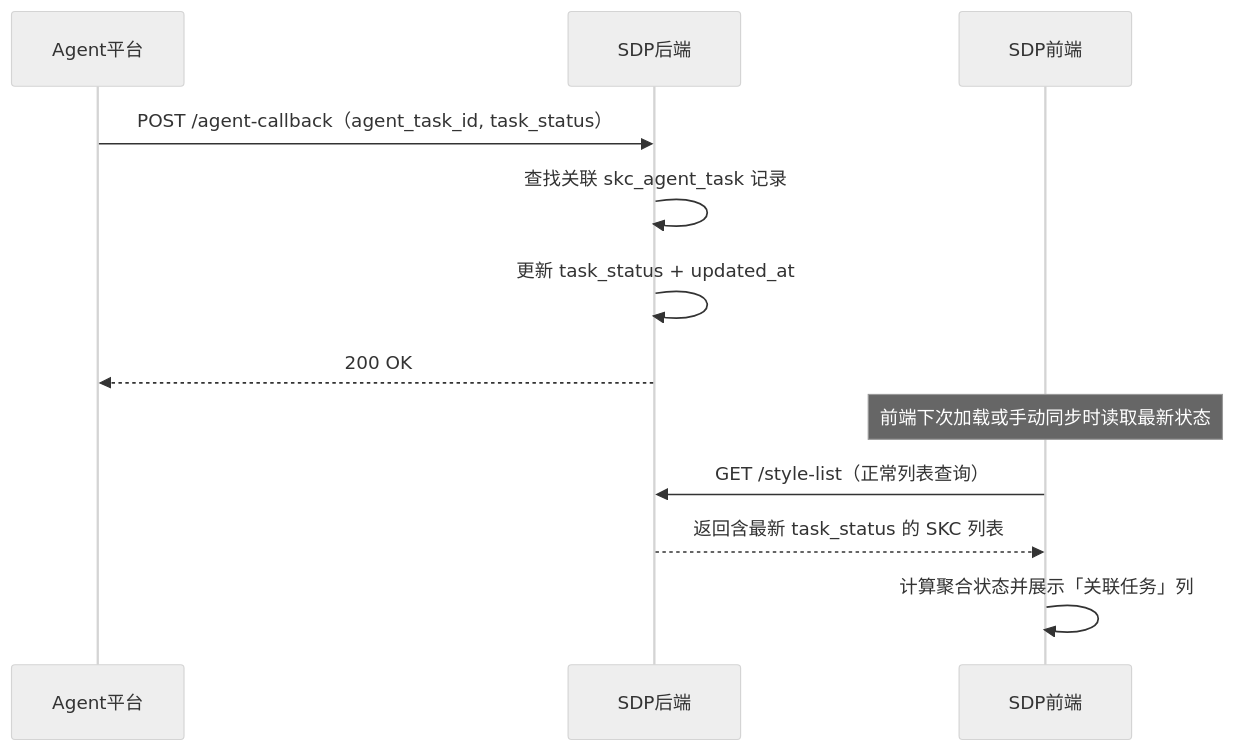
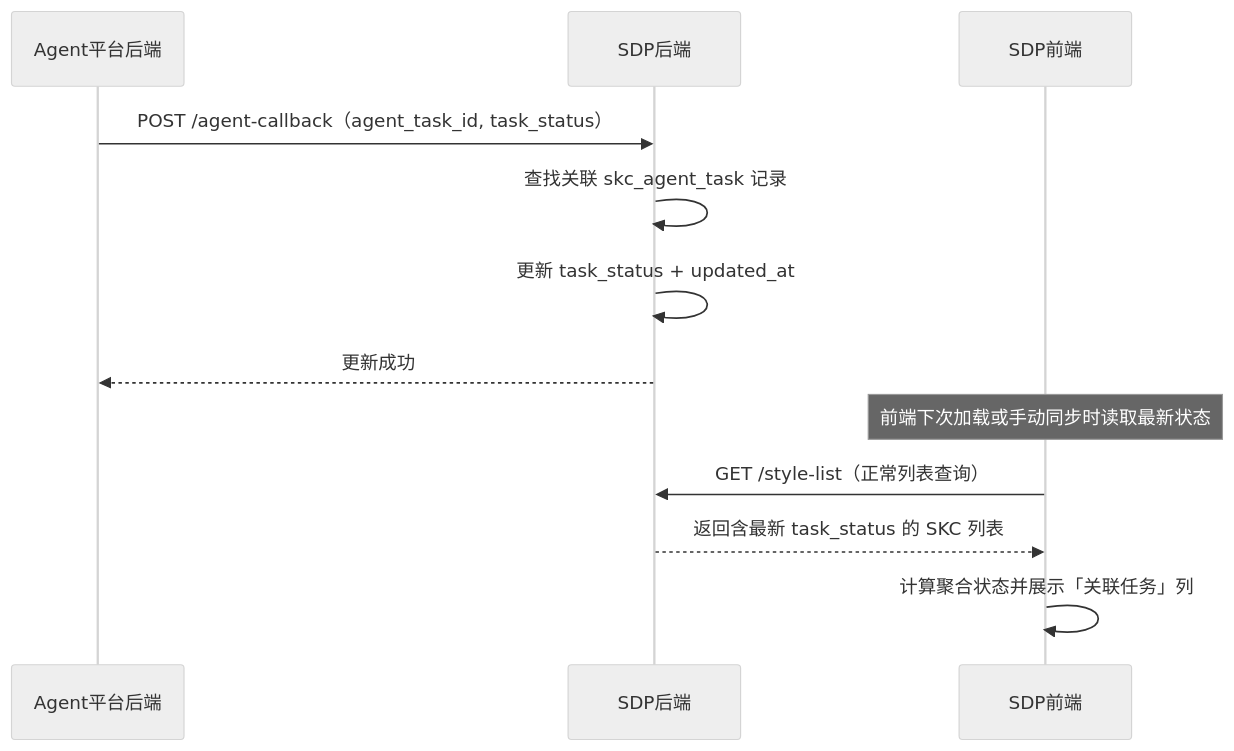
The second of 3 diagrams in revisions/规划文档_v2.6.2_Agent智能编辑接入.md (lin15622159201-arch/sdp-prd), drawn with Mermaid (neutral theme) before and after one commit. The commit also changed other lines of this file and 8 other files, not shown here.

Commit message:
补充需求文档细节及截图

````diff
--- a/revisions/规划文档_v2.6.2_Agent智能编辑接入.md
+++ b/revisions/规划文档_v2.6.2_Agent智能编辑接入.md
@@ -107,15 +109,15 @@
 ```mermaid
 sequenceDiagram
-    participant Agent as Agent平台
+    participant Agent as Agent平台后端
     participant BE as SDP后端
     participant FE as SDP前端
 
     Agent->>BE: POST /agent-callback（agent_task_id, task_status）
     BE->>BE: 查找关联 skc_agent_task 记录
     BE->>BE: 更新 task_status + updated_at
-    BE-->>Agent: 200 OK
+    BE-->>Agent: 更新成功
     Note over FE: 前端下次加载或手动同步时读取最新状态
     FE->>BE: GET /style-list（正常列表查询）
     BE-->>FE: 返回含最新 task_status 的 SKC 列表
     FE->>FE: 计算聚合状态并展示「关联任务」列
 ```
````
